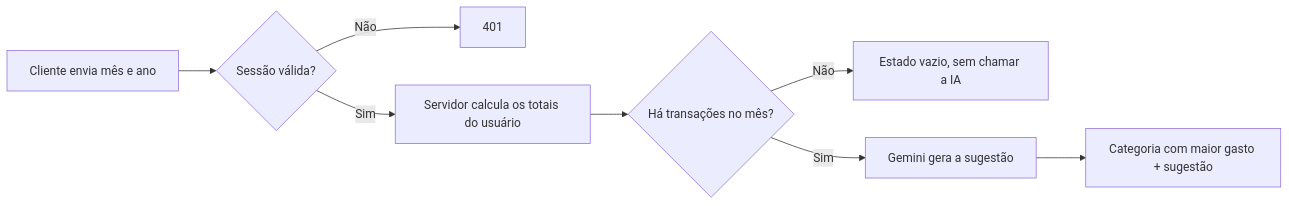
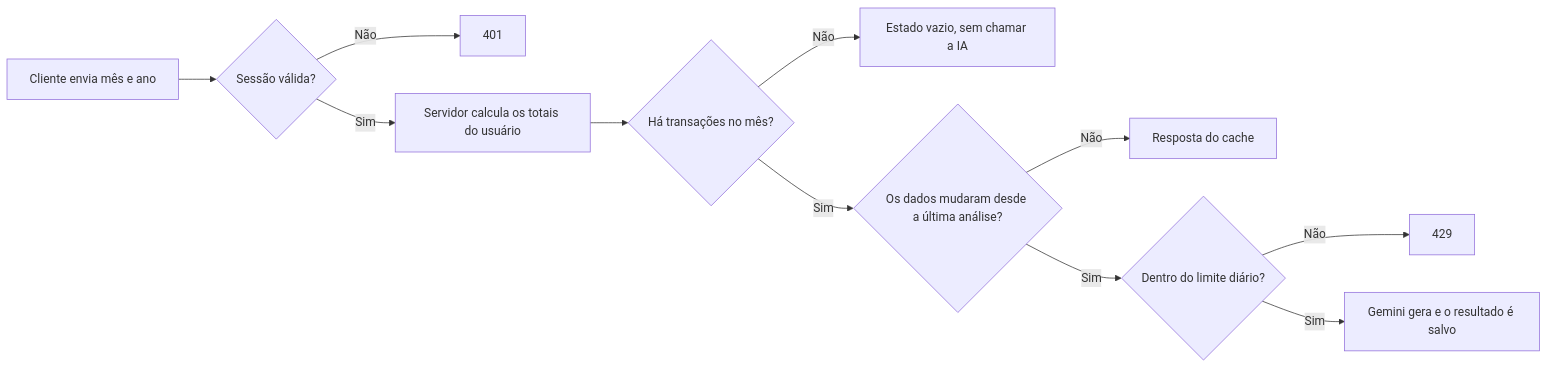
The diagram in README.md (jasielrasec18-dev/fintrack-ai-app), drawn with Mermaid before and after one commit. The commit also changed other lines of this file and 2 other files, not shown here.

Commit message:
docs: atualiza o README com as funcionalidades da fase 2 e o GIF da demo

````diff
--- a/README.md
+++ b/README.md
@@ -51,10 +72,13 @@
 ```mermaid
 flowchart LR
     A[Cliente envia mês e ano] --> B{Sessão válida?}
     B -- Não --> C[401]
     B -- Sim --> D[Servidor calcula os totais do usuário]
     D --> E{Há transações no mês?}
     E -- Não --> F[Estado vazio, sem chamar a IA]
-    E -- Sim --> G[Gemini gera a sugestão]
-    G --> H[Categoria com maior gasto + sugestão]
+    E -- Sim --> G{Os dados mudaram desde a última análise?}
+    G -- Não --> H[Resposta do cache]
+    G -- Sim --> I{Dentro do limite diário?}
+    I -- Não --> J[429]
+    I -- Sim --> K[Gemini gera e o resultado é salvo]
 ```
````
